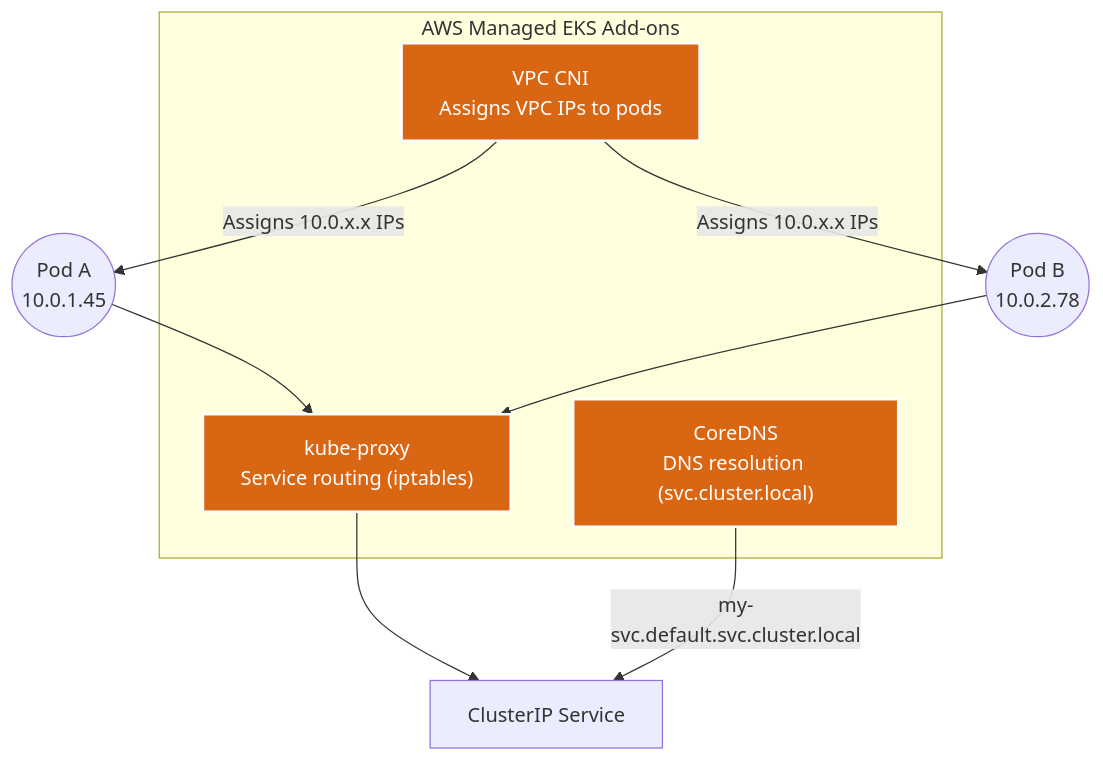
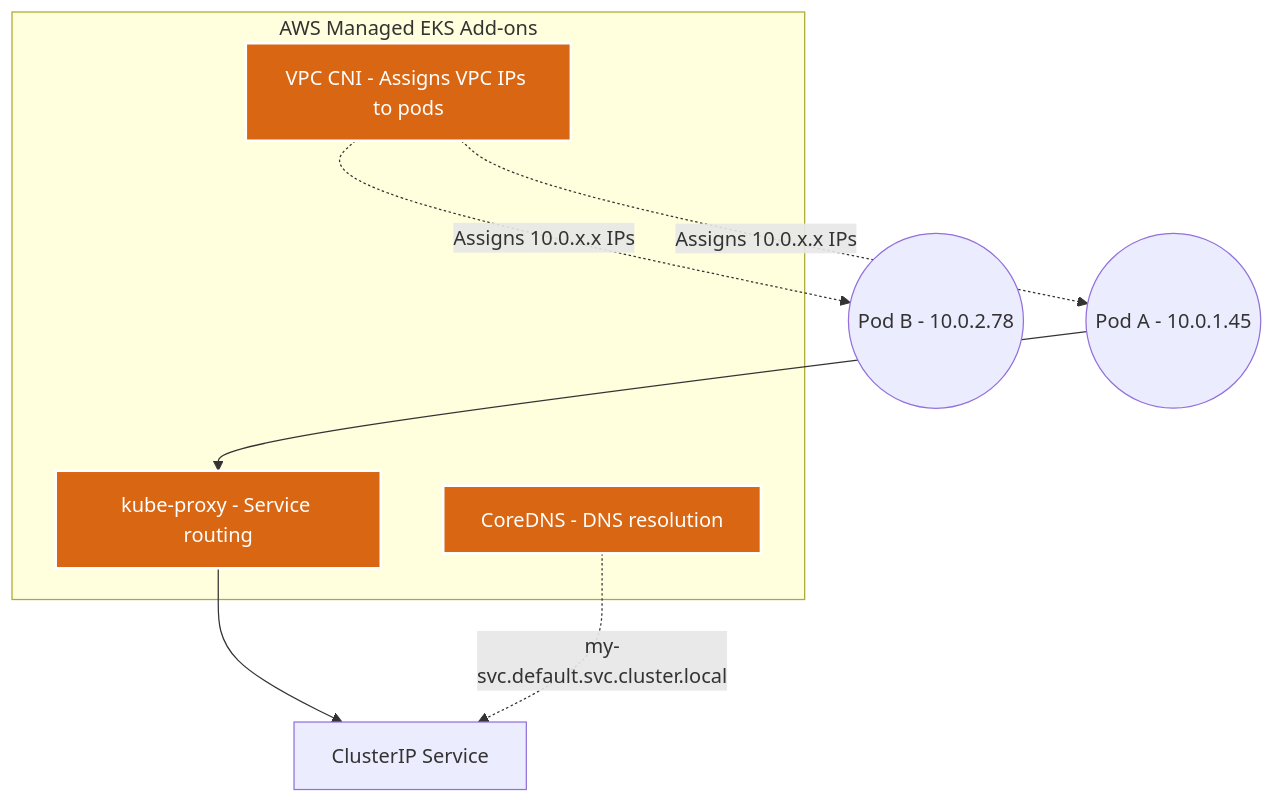
Before and after one commit to selvakumarperumal/EKS_k8s_custom_template_with_Terraform: the fifth of 5 diagrams in modules/eks/README.md, drawn with Mermaid. The commit also changed other lines of this file and 5 other files, not shown here.

Commit message:
docs: rewrite all module READMEs with fixed Mermaid diagrams and Terraform code snippets

````diff
--- a/modules/eks/README.md
+++ b/modules/eks/README.md
@@ -160,19 +299,21 @@
 ```mermaid
 graph TD
-    classDef addon fill:#D86613,stroke:#fff,stroke-width:2px,color:#fff
+    classDef addonStyle fill:#D86613,stroke:#fff,stroke-width:2px,color:#fff
 
     subgraph Add_ons ["AWS Managed EKS Add-ons"]
-        VPC_CNI["VPC CNI<br/>Assigns VPC IPs to pods"]
-        KProxy["kube-proxy<br/>Service routing (iptables)"]
-        CoreDNS["CoreDNS<br/>DNS resolution (svc.cluster.local)"]
+        VPC_CNI["VPC CNI - Assigns VPC IPs to pods"]
+        KProxy["kube-proxy - Service routing"]
+        DNS["CoreDNS - DNS resolution"]
     end
 
-    Pod1(("Pod A<br/>10.0.1.45")) --> KProxy
-    Pod2(("Pod B<br/>10.0.2.78")) --> KProxy
-    KProxy --> Service["ClusterIP Service"]
-    CoreDNS --> |"my-svc.default.svc.cluster.local"| Service
-    VPC_CNI --> |"Assigns 10.0.x.x IPs"| Pod1
-    VPC_CNI --> |"Assigns 10.0.x.x IPs"| Pod2
+    Pod1(("Pod A - 10.0.1.45"))
+    Pod2(("Pod B - 10.0.2.78"))
+    Service["ClusterIP Service"]
 
-    class VPC_CNI,KProxy,CoreDNS addon
+    VPC_CNI -. "Assigns 10.0.x.x IPs" .-> Pod1
+    VPC_CNI -. "Assigns 10.0.x.x IPs" .-> Pod2
+    Pod1 --> KProxy --> Service
+    DNS -. "my-svc.default.svc.cluster.local" .-> Service
+
+    class VPC_CNI,KProxy,DNS addonStyle
 ```
````
